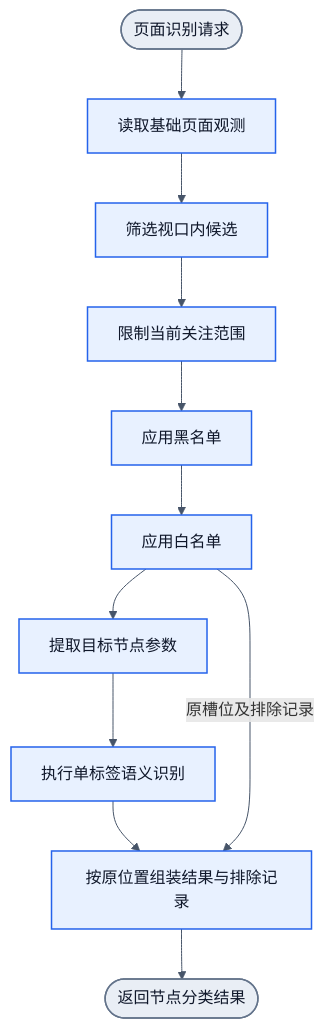
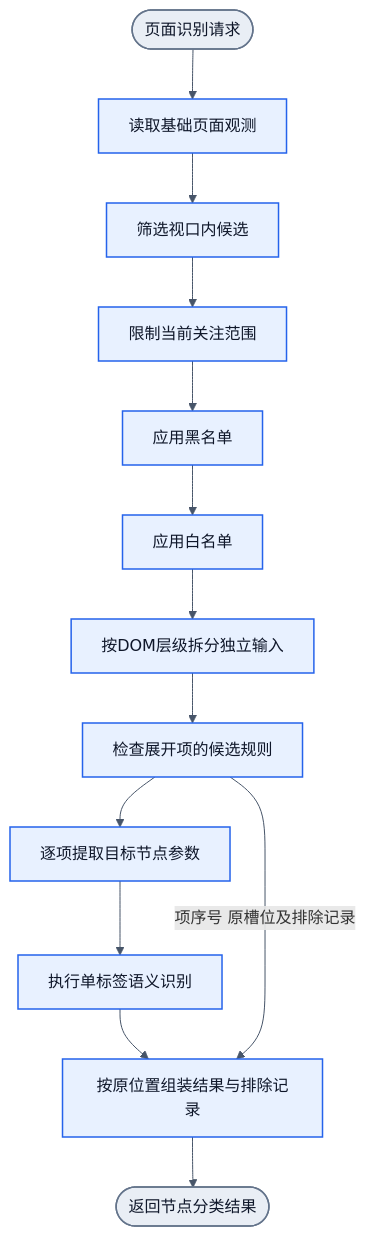
Before and after one commit to Jasonzhangf/NNAnything: the first of 2 diagrams in docs/node-workflows.md, drawn with Mermaid. The commit also changed other lines of this file and 7 other files, not shown here.

````diff
--- a/docs/node-workflows.md
+++ b/docs/node-workflows.md
@@ -27,16 +27,18 @@
 ```mermaid
 flowchart TD
   S([页面识别请求]):::boundary --> O[读取基础页面观测]:::action
   O --> V[筛选视口内候选]:::action
   V --> F[限制当前关注范围]:::action
   F --> D[应用黑名单]:::action
   D --> A[应用白名单]:::action
-  A --> X[提取目标节点参数]:::action
+  A --> H[按DOM层级拆分独立输入]:::action
+  H --> G[检查展开项的候选规则]:::action
+  G --> X[逐项提取目标节点参数]:::action
   X --> N[执行单标签语义识别]:::action
   N --> R[按原位置组装结果与排除记录]:::action
-  A -->|原槽位及排除记录| R
+  G -->|项序号 原槽位及排除记录| R
   R --> Z([返回节点分类结果]):::boundary
   classDef boundary fill:#E9EEF5,stroke:#64748B,color:#0F172A,stroke-width:1.5px
   classDef action fill:#E8F1FF,stroke:#2563EB,color:#0F172A,stroke-width:1.5px
   linkStyle default stroke:#475569
 ```
````
